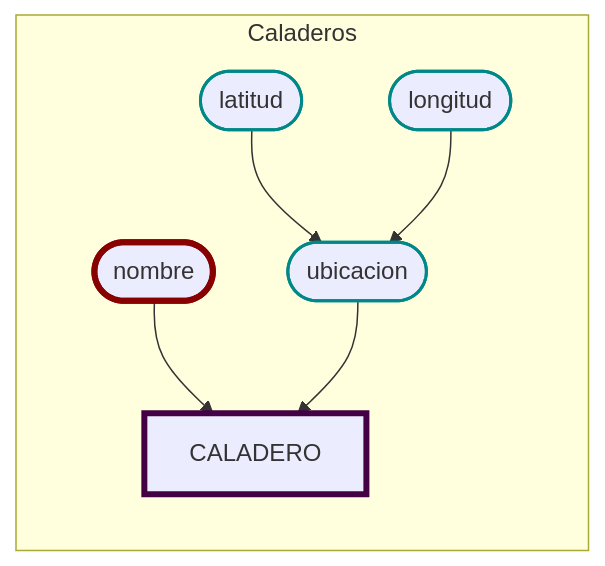
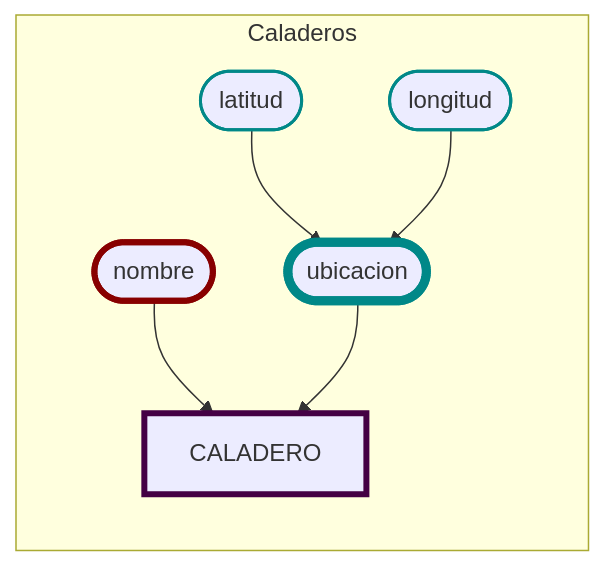
Before and after one commit to JulTob/Data: the fourth of 9 diagrams in DataBases/lonja_DB.md, drawn with Mermaid. The commit also changed other lines of this file, not shown here.

````diff
--- a/DataBases/lonja_DB.md
+++ b/DataBases/lonja_DB.md
@@ -98,16 +98,17 @@
 ```mermaid
 flowchart LR   
   classDef atributo stroke:#088,stroke-width:2px;
+  classDef atributo_der stroke:#088,stroke-width:6px;
   classDef pk stroke:#800,stroke-width:4px;
   classDef entidad stroke:#404,stroke-width:4px;
 
   %% Atributos CALADERO
   subgraph Caladeros
     Caladero[CALADERO]:::entidad
     nombre([nombre]):::pk --> Caladero
-    ubicacion([ubicacion]):::atributo --> Caladero
+    ubicacion([ubicacion]):::atributo_der --> Caladero
       latitud([latitud]):::atributo --> ubicacion
       longitud([longitud]):::atributo --> ubicacion
 
     end
 ```
````
